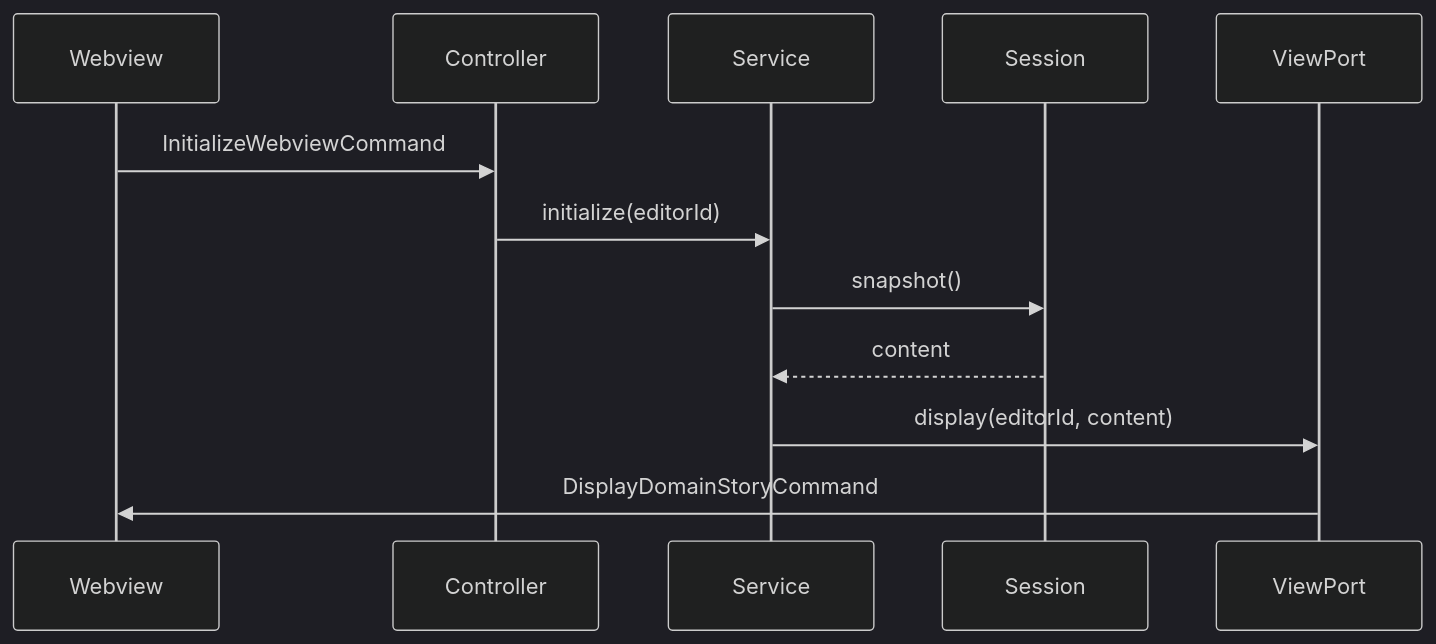
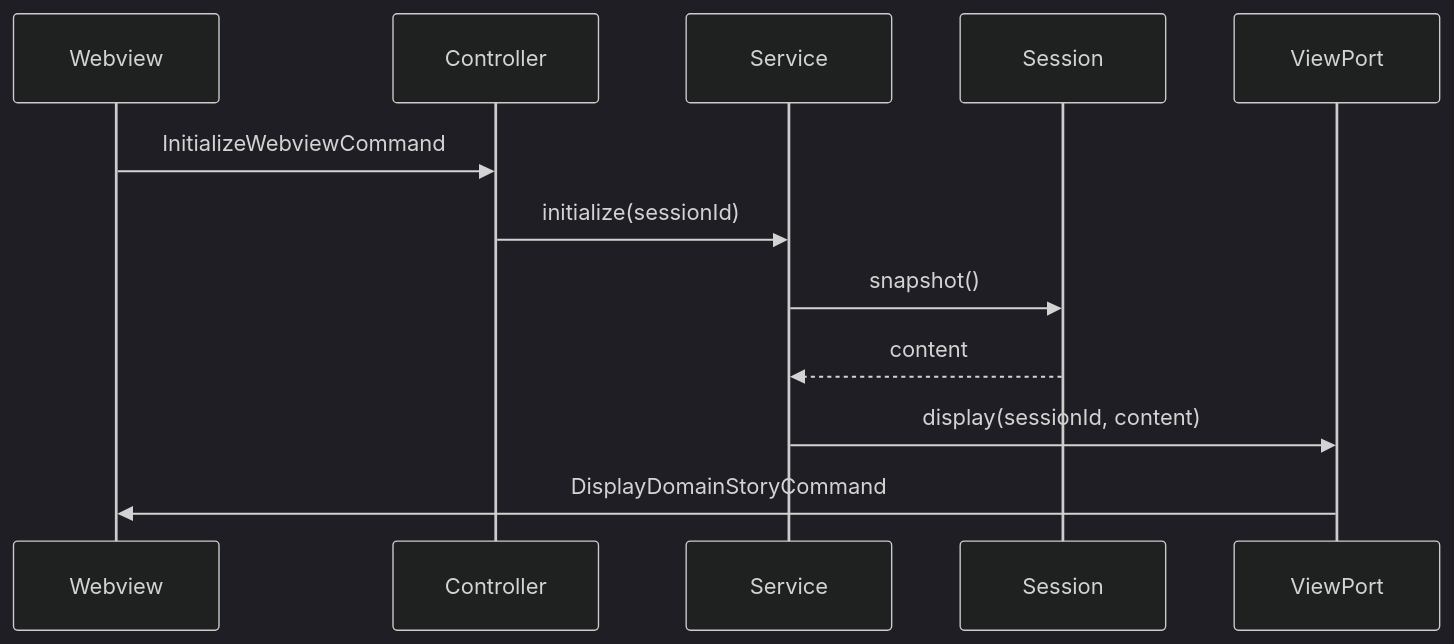
One commit to Miragon/egon.io changed the first of 5 diagrams in monorepo/egon/libs/vscode/domain-story/ARCHITECTURE.md. Above: the diagram before and after it, drawn with Mermaid (dark theme). The commit also changed other lines of this file and 13 other files, not shown here.

````diff
--- a/monorepo/egon/libs/vscode/domain-story/ARCHITECTURE.md
+++ b/monorepo/egon/libs/vscode/domain-story/ARCHITECTURE.md
@@ -151,15 +160,15 @@
 ```mermaid
 sequenceDiagram
     participant Webview
     participant Controller
     participant Service
     participant Session
     participant ViewPort
 
     Webview->>Controller: InitializeWebviewCommand
-    Controller->>Service: initialize(editorId)
+    Controller->>Service: initialize(sessionId)
     Service->>Session: snapshot()
     Session-->>Service: content
-    Service->>ViewPort: display(editorId, content)
+    Service->>ViewPort: display(sessionId, content)
     ViewPort->>Webview: DisplayDomainStoryCommand
 ```
````
